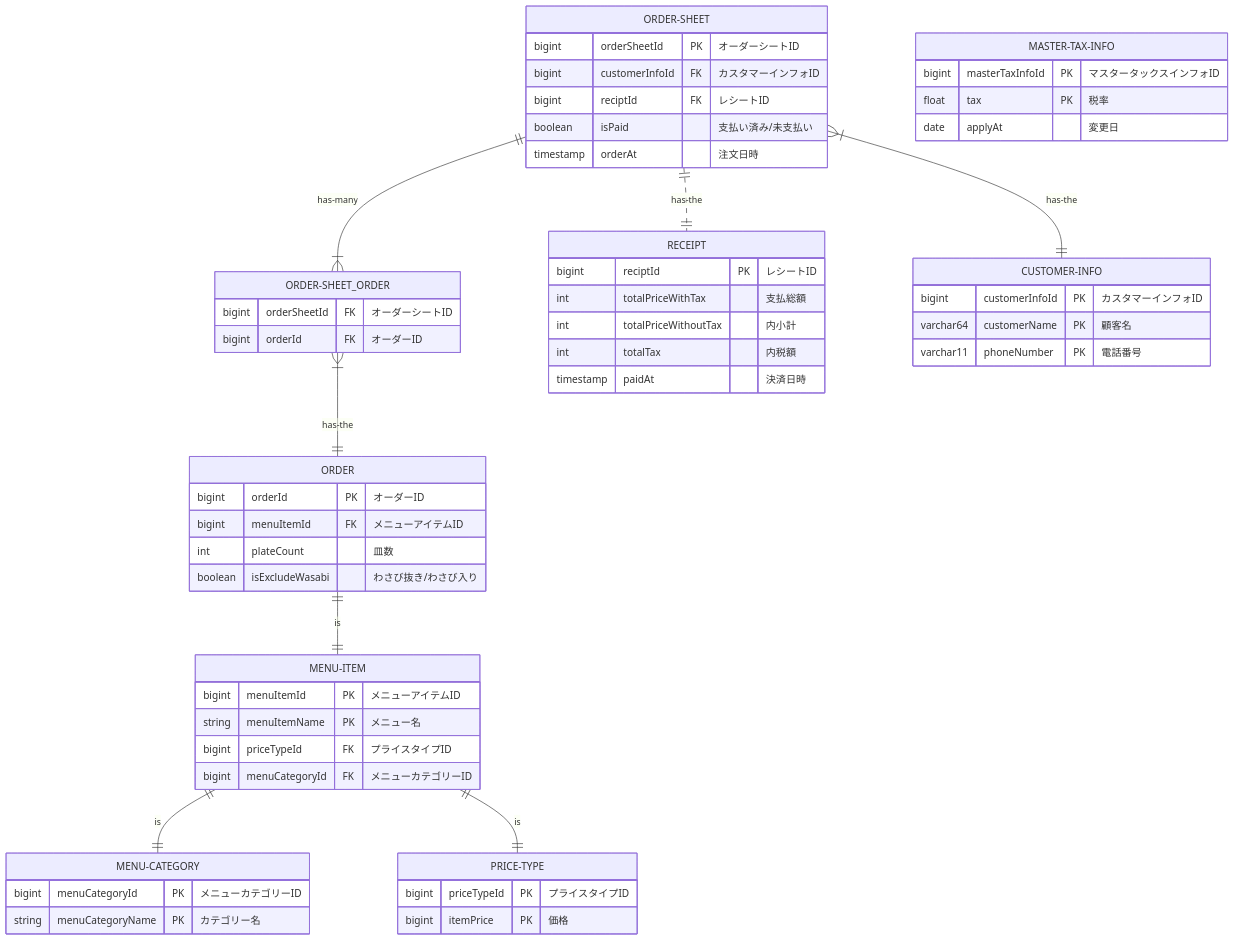
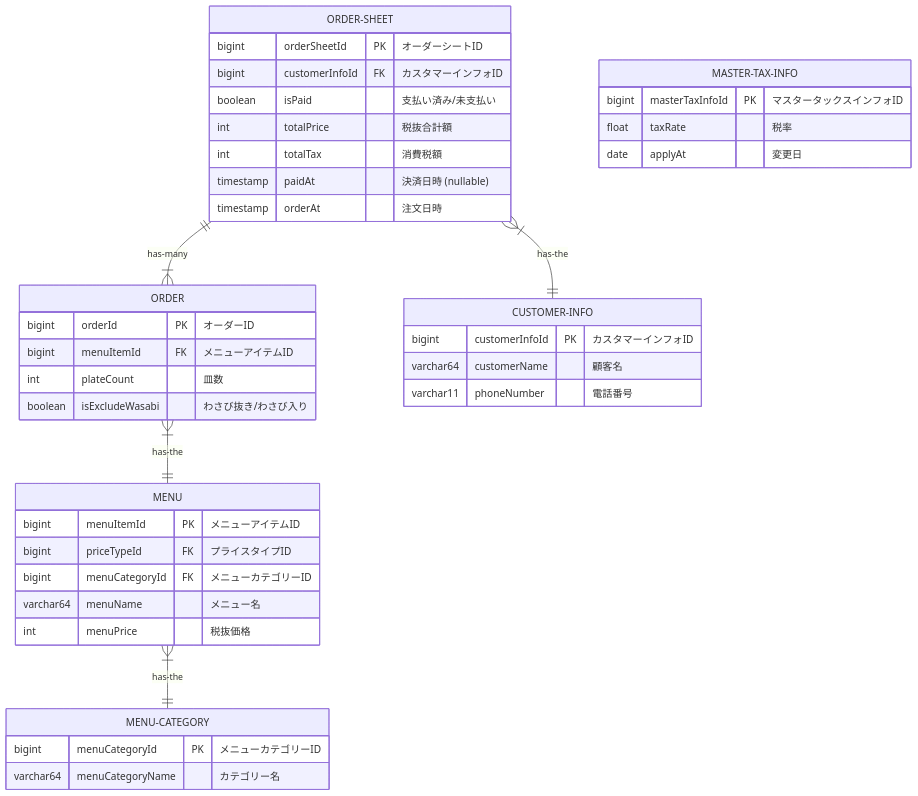
One commit to junseinagao/praha-challenge changed the first of 2 diagrams in データベース設計/DBモデリング1/README.md. Above: the diagram before and after it, drawn with Mermaid. The commit also changed other lines of this file and 2 other files, not shown here.

````diff
--- a/データベース設計/DBモデリング1/README.md
+++ b/データベース設計/DBモデリング1/README.md
@@ -7,67 +7,49 @@
 ```mermaid
 erDiagram
-    ORDER-SHEET ||--|{ ORDER-SHEET_ORDER : has-many
-    ORDER-SHEET_ORDER }|--|| ORDER : has-the
-    ORDER-SHEET ||..|| RECEIPT : has-the
+    ORDER-SHEET ||--|{ ORDER : has-many
     ORDER-SHEET }|--|| CUSTOMER-INFO : has-the
-    ORDER ||--|| MENU-ITEM : is
-    MENU-ITEM ||--|| MENU-CATEGORY : is
-    MENU-ITEM ||--|| PRICE-TYPE : is
+    ORDER }|--|| MENU : has-the
+    MENU }|--|| MENU-CATEGORY : has-the
 
     ORDER-SHEET {
         bigint orderSheetId PK "オーダーシートID"
         bigint customerInfoId FK "カスタマーインフォID"
-        bigint reciptId FK "レシートID"
         boolean isPaid "支払い済み/未支払い"
+        int totalPrice "税抜合計額"
+        int totalTax "消費税額"
+        timestamp paidAt "決済日時 (nullable)"
         timestamp orderAt "注文日時"
-    }
-
-    RECEIPT {
-        bigint reciptId PK "レシートID"
-        int totalPriceWithTax "支払総額"
-        int totalPriceWithoutTax "内小計"
-        int totalTax "内税額"
-        timestamp paidAt "決済日時"
-    }
-
-    ORDER-SHEET_ORDER {
-        bigint orderSheetId FK "オーダーシートID"
-        bigint orderId FK "オーダーID"
     }
 
     ORDER {
         bigint orderId PK "オーダーID"
         bigint menuItemId FK "メニューアイテムID"
         int plateCount "皿数"
         boolean isExcludeWasabi "わさび抜き/わさび入り"
     }
 
-    MENU-ITEM {
+    MENU {
         bigint menuItemId PK "メニューアイテムID"
-        string menuItemName PK "メニュー名"
         bigint priceTypeId FK "プライスタイプID"
         bigint menuCategoryId FK "メニューカテゴリーID"
-    }
-
-    PRICE-TYPE {
-        bigint priceTypeId PK "プライスタイプID"
-        bigint itemPrice PK "価格"
+        varchar64 menuName "メニュー名"
+        int menuPrice "税抜価格"
     }
 
     MENU-CATEGORY {
         bigint menuCategoryId PK "メニューカテゴリーID"
-        string menuCategoryName PK "カテゴリー名"
+        varchar64 menuCategoryName "カテゴリー名"
     }
 
     CUSTOMER-INFO {
         bigint customerInfoId PK "カスタマーインフォID"
-        varchar64 customerName PK "顧客名"
-        varchar11 phoneNumber PK "電話番号"
+        varchar64 customerName "顧客名"
+        varchar11 phoneNumber "電話番号"
     }
 
     MASTER-TAX-INFO {
         bigint masterTaxInfoId PK "マスタータックスインフォID"
-        float tax PK "税率"
+        float taxRate "税率"
         date applyAt "変更日"
     }
 ```
````
